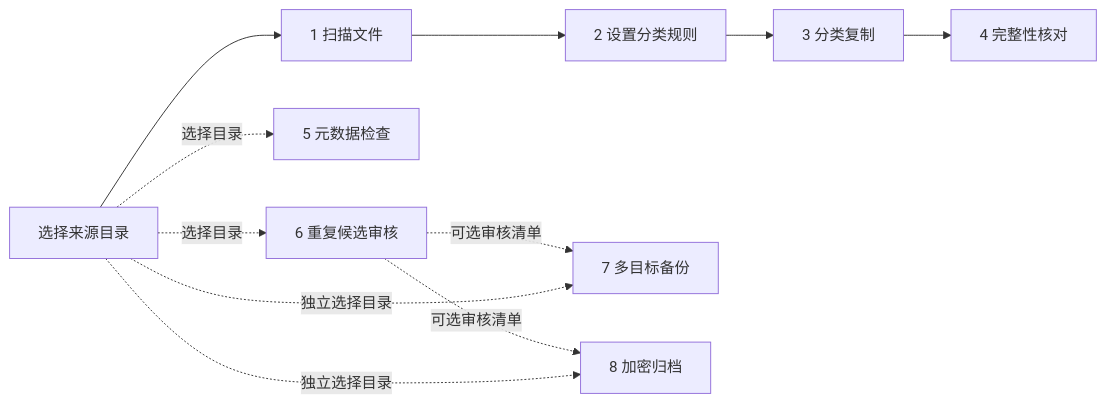
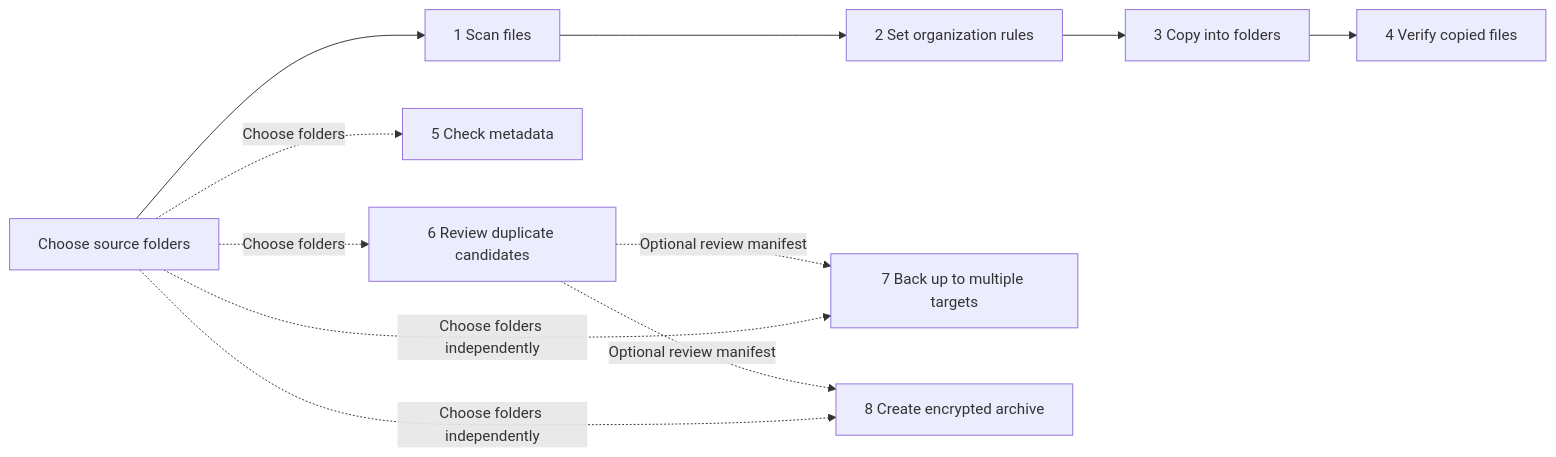
The first of 3 diagrams in docs/technical-design.md (virtuecho/photo-archive-manager), drawn with Mermaid before and after one commit. The commit also changed other lines of this file and 21 other files, not shown here.

````diff
--- a/docs/technical-design.md
+++ b/docs/technical-design.md
@@ -9,13 +11,13 @@
 ```mermaid
 flowchart LR
-    Source[选择来源目录] --> Scan[1 扫描文件]
-    Scan --> Route[2 设置分类规则]
-    Route --> Copy[3 分类复制]
-    Copy --> Verify[4 完整性核对]
-    Source -. 选择目录 .-> Metadata[5 元数据检查]
-    Source -. 选择目录 .-> Duplicate[6 重复候选审核]
-    Duplicate -. 可选审核清单 .-> Backup[7 多目标备份]
-    Duplicate -. 可选审核清单 .-> Archive[8 加密归档]
-    Source -. 独立选择目录 .-> Backup
-    Source -. 独立选择目录 .-> Archive
+    Source[Choose source folders] --> Scan[1 Scan files]
+    Scan --> Route[2 Set organization rules]
+    Route --> Copy[3 Copy into folders]
+    Copy --> Verify[4 Verify copied files]
+    Source -. Choose folders .-> Metadata[5 Check metadata]
+    Source -. Choose folders .-> Duplicate[6 Review duplicate candidates]
+    Duplicate -. Optional review manifest .-> Backup[7 Back up to multiple targets]
+    Duplicate -. Optional review manifest .-> Archive[8 Create encrypted archive]
+    Source -. Choose folders independently .-> Backup
+    Source -. Choose folders independently .-> Archive
 ```
````
